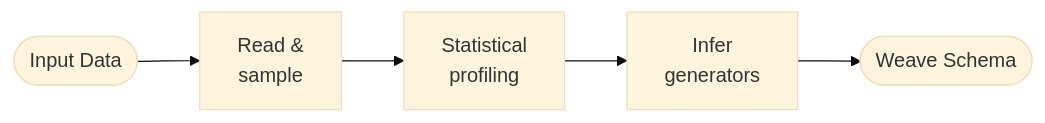
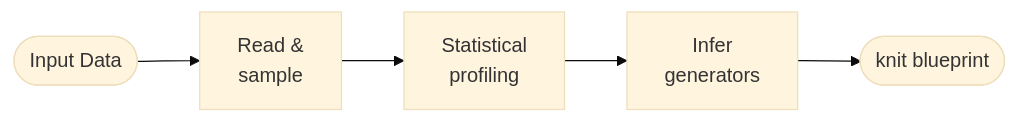
Before and after one commit to Yaming-Hub/knit: the fourth of 6 diagrams in docs/design-cli.md, drawn with Mermaid (base theme). The commit also changed other lines of this file and 99 other files, not shown here.

First line of the commit message:
refactor: rename 'schema' to 'blueprint' throughout codebase (#235)

````diff
--- a/docs/design-cli.md
+++ b/docs/design-cli.md
@@ -296,7 +296,7 @@
 ```mermaid
 flowchart LR
     data([Input Data]) --> read["Read &\nsample"]
     read --> profile["Statistical\nprofiling"]
     profile --> infer["Infer\ngenerators"]
-    infer --> schema([Weave Schema])
+    infer --> blueprint([knit blueprint])
 ```
````
